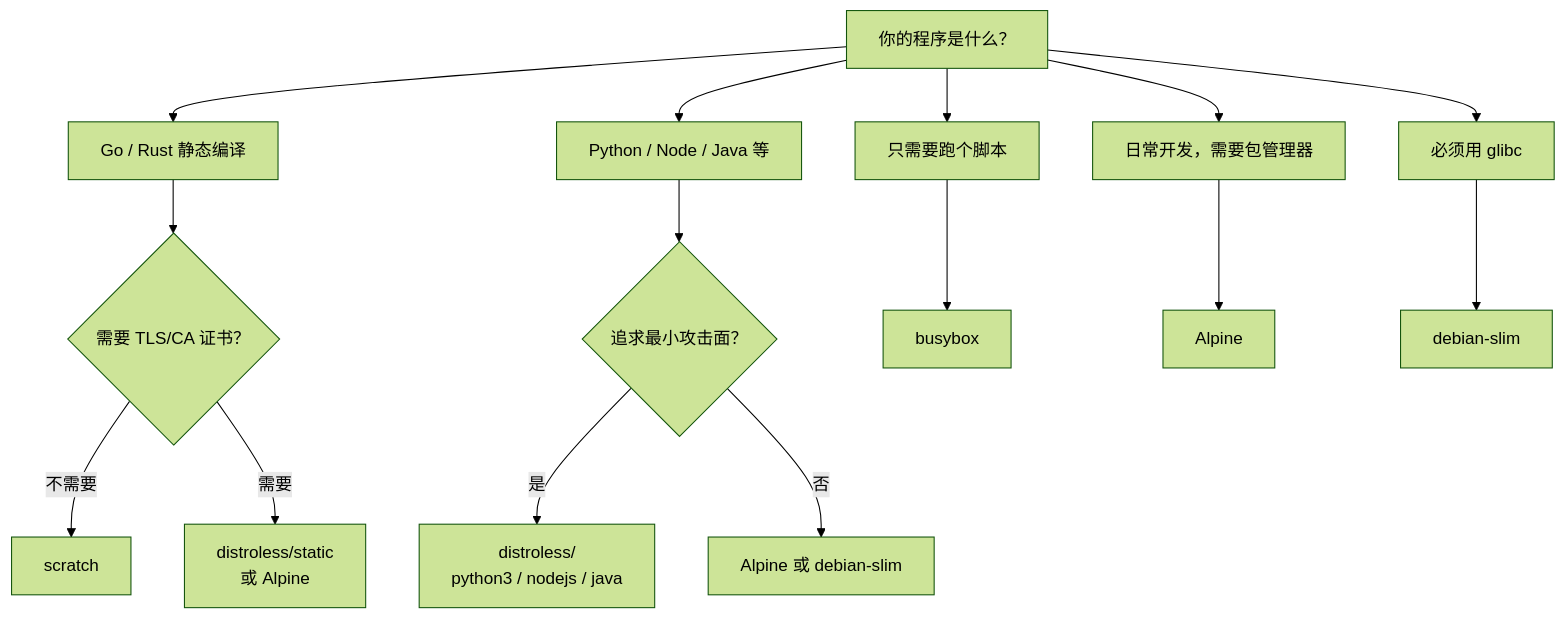
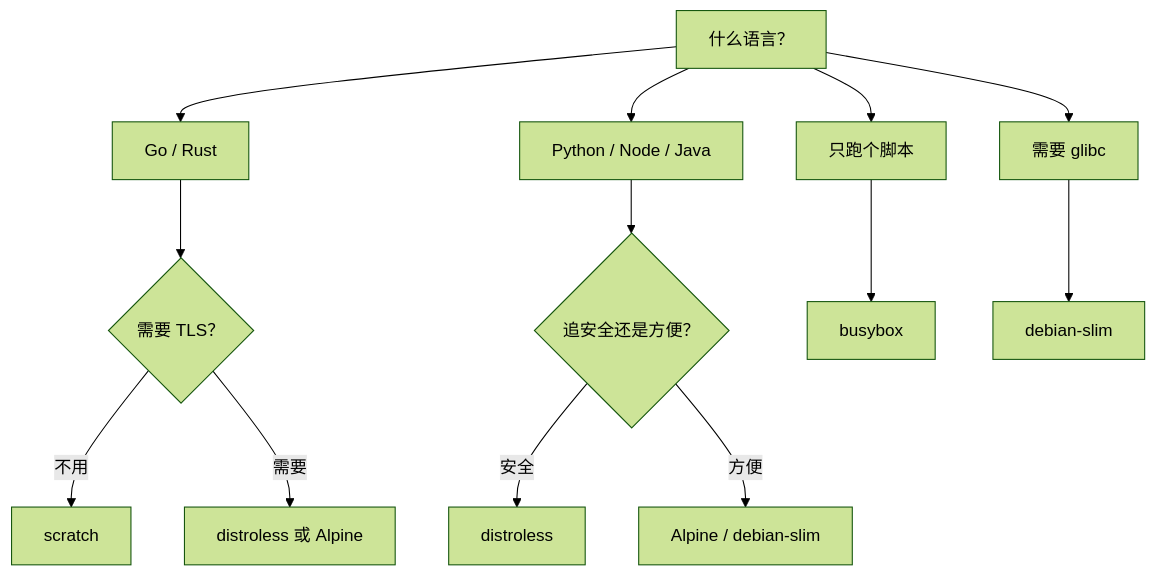
The diagram in source/_posts/container-minimal-image-guide.md (jianghuifr/notes), drawn with Mermaid (forest theme) before and after one commit. The commit also changed other lines of this file, not shown here.

````diff
--- a/source/_posts/container-minimal-image-guide.md
+++ b/source/_posts/container-minimal-image-guide.md
@@ -148,20 +130,18 @@
 ```mermaid
 graph TD
-    Q["你的程序是什么？"] --> A["Go / Rust 静态编译"]
-    Q --> B["Python / Node / Java 等"]
-    Q --> C["只需要跑个脚本"]
-    Q --> D["日常开发，需要包管理器"]
-    Q --> E["必须用 glibc"]
+    Q["什么语言？"] --> A["Go / Rust"]
+    Q --> B["Python / Node / Java"]
+    Q --> C["只跑个脚本"]
+    Q --> D["需要 glibc"]
 
-    A --> A1{"需要 TLS/CA 证书？"}
-    A1 -->|"不需要"| A2["scratch"]
-    A1 -->|"需要"| A3["distroless/static<br/>或 Alpine"]
+    A --> A1{"需要 TLS？"}
+    A1 -->|"不用"| A2["scratch"]
+    A1 -->|"需要"| A3["distroless 或 Alpine"]
 
-    B --> B1{"追求最小攻击面？"}
-    B1 -->|"是"| B2["distroless/<br/>python3 / nodejs / java"]
-    B1 -->|"否"| B3["Alpine 或 debian-slim"]
+    B --> B1{"追安全还是方便？"}
+    B1 -->|"安全"| B2["distroless"]
+    B1 -->|"方便"| B3["Alpine / debian-slim"]
 
     C --> C1["busybox"]
-    D --> D1["Alpine"]
-    E --> E1["debian-slim"]
+    D --> D1["debian-slim"]
 ```
````
